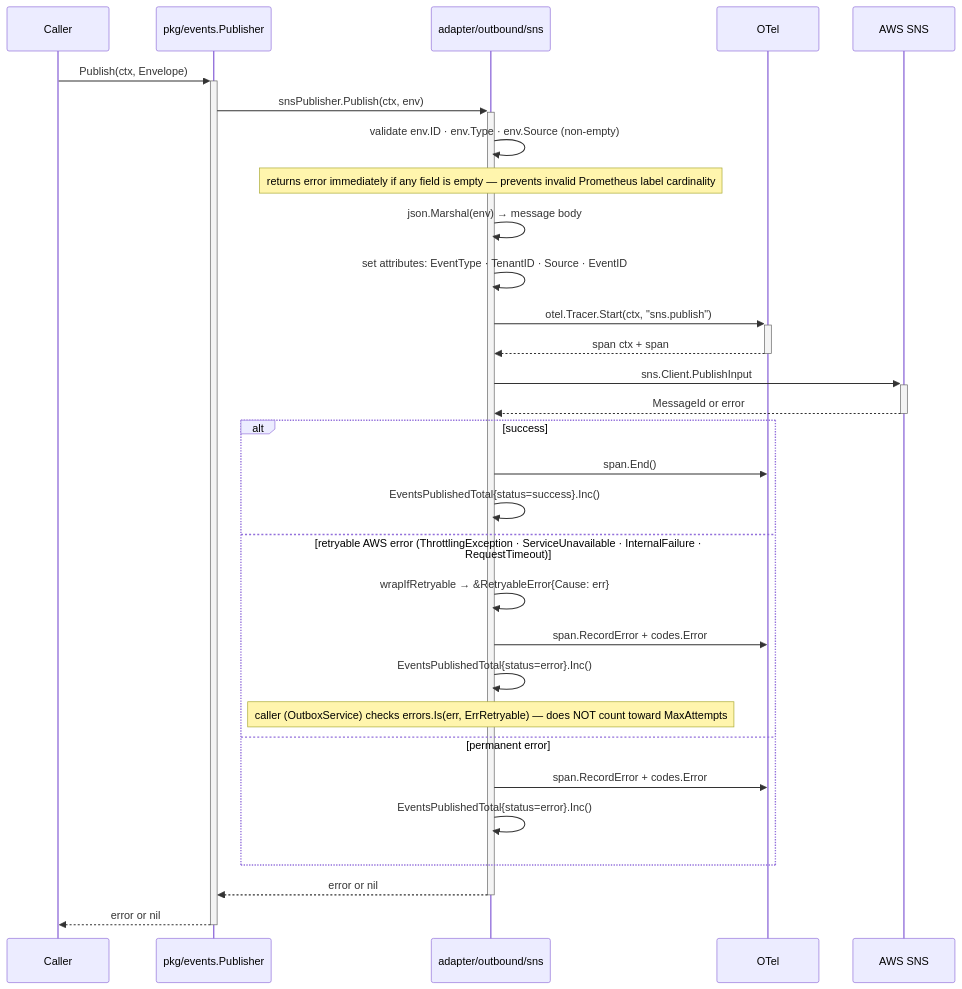
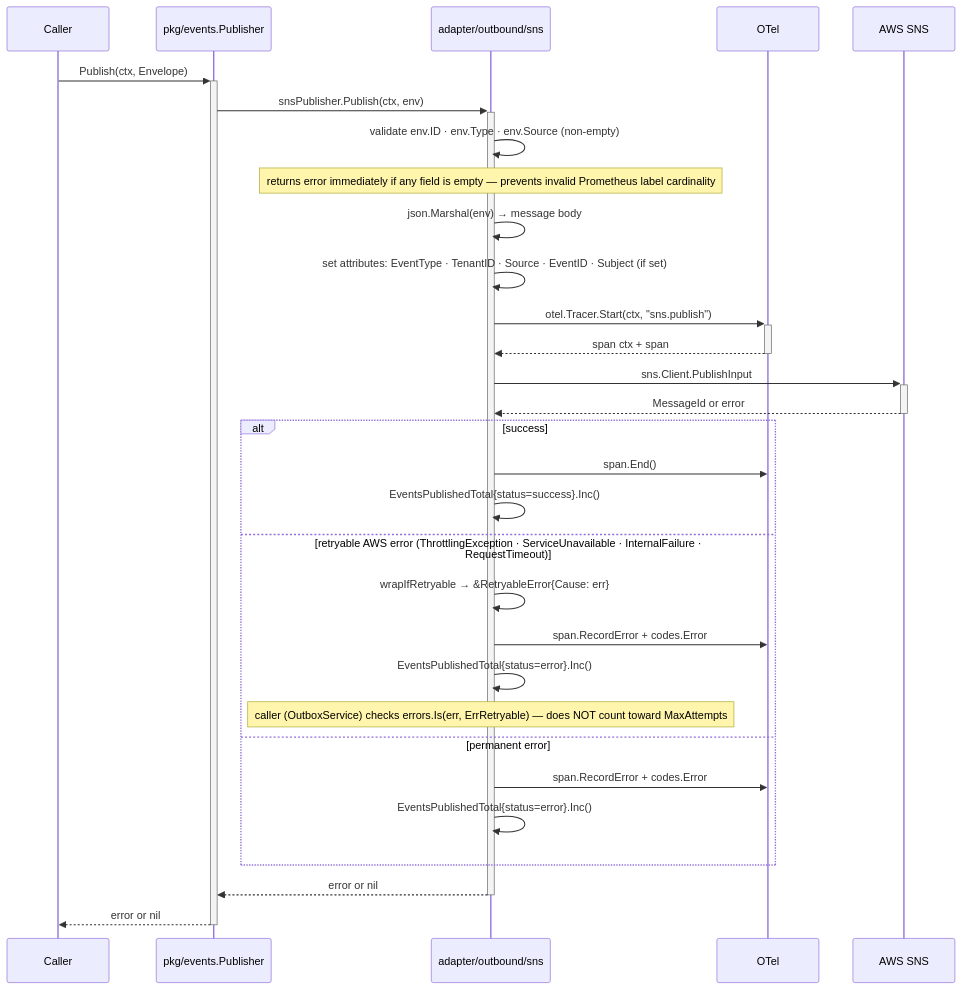
One commit to BCBP-SOLUTIONS-FZC-LLC/platform-events changed the third of 8 diagrams in ARCHITECTURE.md. Above: the diagram before and after it, drawn with Mermaid. The commit also changed other lines of this file and 11 other files, not shown here.

````diff
--- a/ARCHITECTURE.md
+++ b/ARCHITECTURE.md
@@ -475,39 +477,39 @@
 ```mermaid
 sequenceDiagram
     participant Caller
     participant Publisher as pkg/events.Publisher
     participant SNSAdp as adapter/outbound/sns
     participant OTel
     participant SNS as AWS SNS
 
     Caller ->>+ Publisher: Publish(ctx, Envelope)
     Publisher ->>+ SNSAdp: snsPublisher.Publish(ctx, env)
 
     SNSAdp ->> SNSAdp: validate env.ID · env.Type · env.Source (non-empty)
     Note over SNSAdp: returns error immediately if any field is empty — prevents invalid Prometheus label cardinality
 
     SNSAdp ->> SNSAdp: json.Marshal(env) → message body
-    SNSAdp ->> SNSAdp: set attributes: EventType · TenantID · Source · EventID
+    SNSAdp ->> SNSAdp: set attributes: EventType · TenantID · Source · EventID · Subject (if set)
 
     SNSAdp ->>+ OTel: otel.Tracer.Start(ctx, "sns.publish")
     OTel -->>- SNSAdp: span ctx + span
 
     SNSAdp ->>+ SNS: sns.Client.PublishInput
     SNS -->>- SNSAdp: MessageId or error
 
     alt success
         SNSAdp ->> OTel: span.End()
         SNSAdp ->> SNSAdp: EventsPublishedTotal{status=success}.Inc()
     else retryable AWS error (ThrottlingException · ServiceUnavailable · InternalFailure · RequestTimeout)
         SNSAdp ->> SNSAdp: wrapIfRetryable → &RetryableError{Cause: err}
         SNSAdp ->> OTel: span.RecordError + codes.Error
         SNSAdp ->> SNSAdp: EventsPublishedTotal{status=error}.Inc()
         Note over SNSAdp: caller (OutboxService) checks errors.Is(err, ErrRetryable) — does NOT count toward MaxAttempts
     else permanent error
         SNSAdp ->> OTel: span.RecordError + codes.Error
         SNSAdp ->> SNSAdp: EventsPublishedTotal{status=error}.Inc()
     end
 
     SNSAdp -->>- Publisher: error or nil
     Publisher -->>- Caller: error or nil
 ```
````
